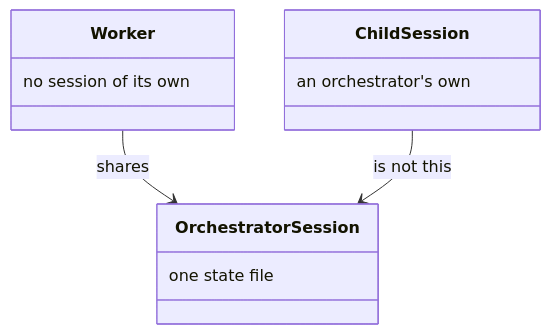
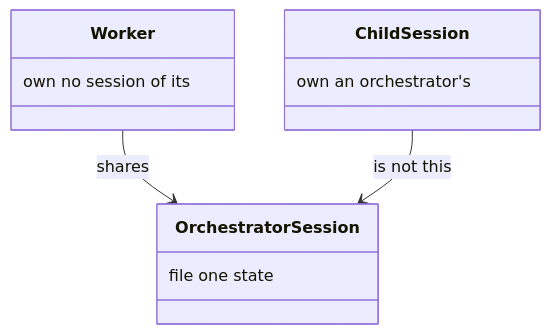
Before and after one commit to m2ux/workflow-server: the sixth of 18 diagrams in docs/dispatch.md, drawn with Mermaid. The commit also changed other lines of this file and 13 other files, not shown here.

````diff
--- a/docs/dispatch.md
+++ b/docs/dispatch.md
@@ -98,14 +98,14 @@
 ```mermaid
 classDiagram
   class OrchestratorSession {
-    one state file
+    file one state
   }
   class Worker {
-    no session of its own
+    own no session of its
   }
   class ChildSession {
-    an orchestrator's own
+    own an orchestrator's
   }
   Worker --> OrchestratorSession : shares
   ChildSession --> OrchestratorSession : is not this
 ```
````
